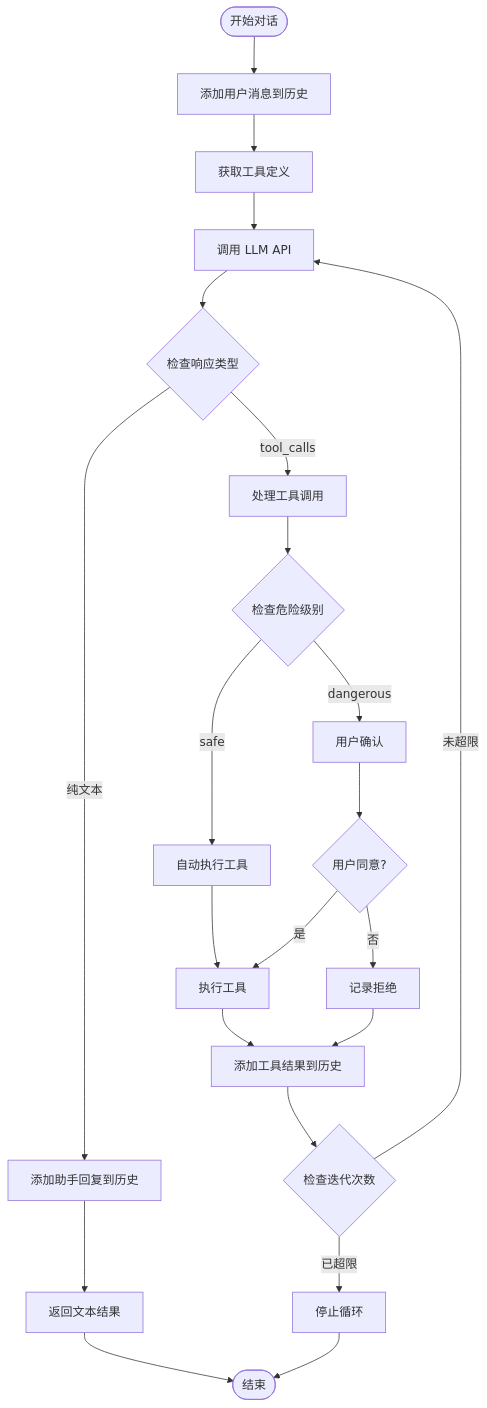
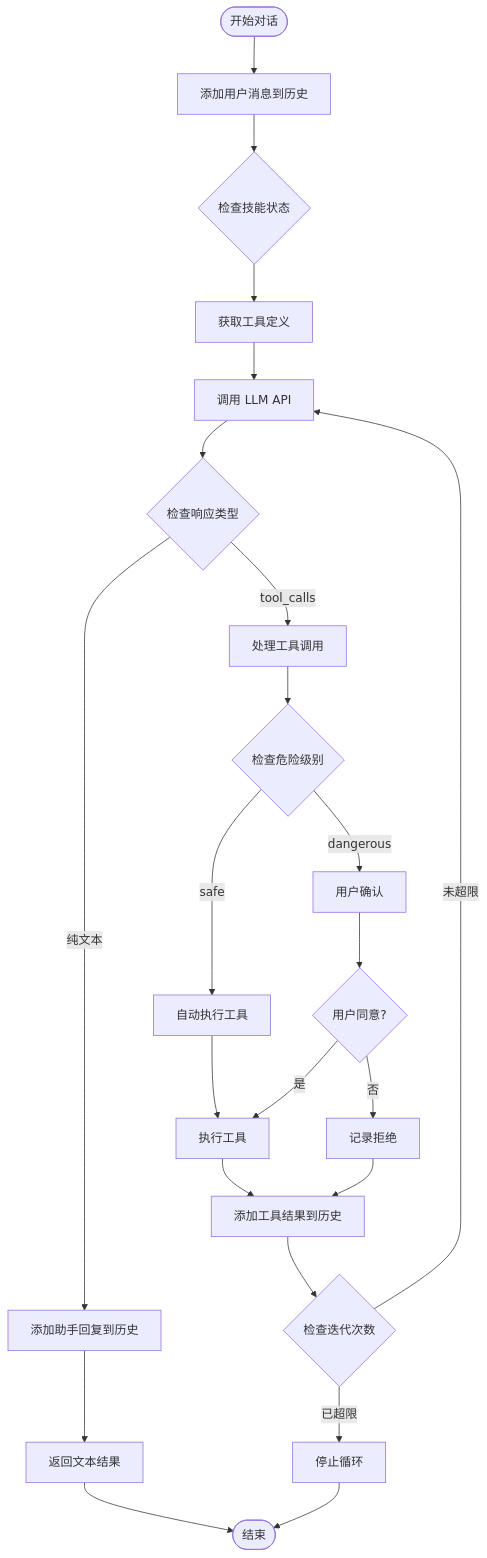
The ninth of 15 diagrams in .qoder/repowiki/zh/content/架构设计/架构设计.md (250shiwo/MySmallAgent), drawn with Mermaid before and after one commit. The commit also changed other lines of this file and 28 other files, not shown here.

````diff
--- a/.qoder/repowiki/zh/content/架构设计/架构设计.md
+++ b/.qoder/repowiki/zh/content/架构设计/架构设计.md
@@ -297,24 +398,25 @@
 ```mermaid
 flowchart TD
 Start([开始对话]) --> AddUser[添加用户消息到历史]
-AddUser --> GetTools[获取工具定义]
+AddUser --> CheckSkill{检查技能状态}
+CheckSkill --> GetTools[获取工具定义]
 GetTools --> CallLLM[调用 LLM API]
 CallLLM --> CheckResponse{检查响应类型}
 CheckResponse --> |纯文本| AddAssistant[添加助手回复到历史]
 AddAssistant --> ReturnText[返回文本结果]
 CheckResponse --> |tool_calls| ProcessTools[处理工具调用]
 ProcessTools --> CheckDanger{检查危险级别}
 CheckDanger --> |safe| AutoExecute[自动执行工具]
 CheckDanger --> |dangerous| AskUser[用户确认]
 AskUser --> UserDecision{用户同意?}
 UserDecision --> |是| ExecuteTool[执行工具]
 UserDecision --> |否| RejectTool[记录拒绝]
 AutoExecute --> ExecuteTool
 ExecuteTool --> AddToolResult[添加工具结果到历史]
 RejectTool --> AddToolResult
 AddToolResult --> CheckIterations{检查迭代次数}
 CheckIterations --> |未超限| CallLLM
 CheckIterations --> |已超限| StopLoop[停止循环]
 ReturnText --> End([结束])
 StopLoop --> End
 ```
````
